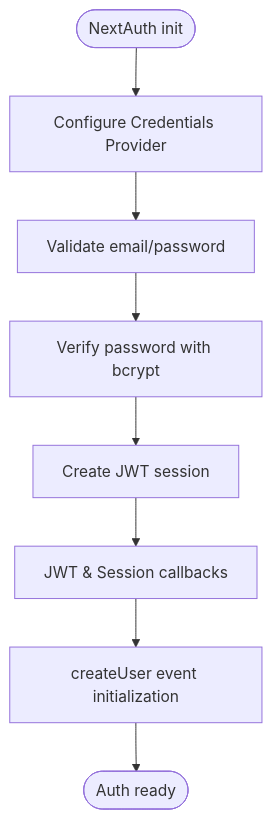
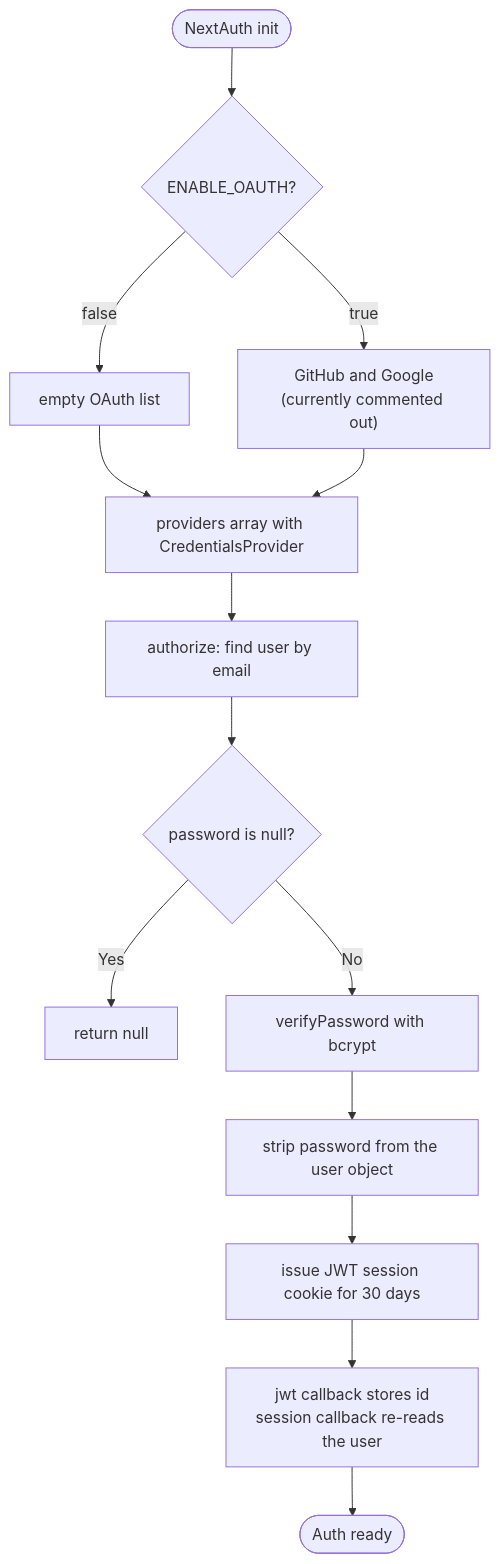
The third of 8 diagrams in .qoder/repowiki/en/content/Authentication and Authorization.md (Dezzpil/meingym), drawn with Mermaid before and after one commit. The commit also changed other lines of this file and 12 other files, not shown here.

````diff
--- a/.qoder/repowiki/en/content/Authentication and Authorization.md
+++ b/.qoder/repowiki/en/content/Authentication and Authorization.md
@@ -172,10 +220,16 @@
 ```mermaid
 flowchart TD
-Start(["NextAuth init"]) --> Config["Configure Credentials Provider"]
-Config --> Validate["Validate email/password"]
-Validate --> HashCheck["Verify password with bcrypt"]
-HashCheck --> Session["Create JWT session"]
-Session --> Callbacks["JWT & Session callbacks"]
-Callbacks --> Events["createUser event initialization"]
-Events --> Ready(["Auth ready"])
+Start(["NextAuth init"]) --> Flag{"ENABLE_OAUTH?"}
+Flag -- false --> Empty["empty OAuth list"]
+Flag -- true --> OAuth["GitHub and Google<br/>(currently commented out)"]
+Empty --> Config["providers array with CredentialsProvider"]
+OAuth --> Config
+Config --> Authorize["authorize: find user by email"]
+Authorize --> PwNull{"password is null?"}
+PwNull -- Yes --> Reject["return null"]
+PwNull -- No --> HashCheck["verifyPassword with bcrypt"]
+HashCheck --> Strip["strip password from the user object"]
+Strip --> Session["issue JWT session cookie for 30 days"]
+Session --> Callbacks["jwt callback stores id<br/>session callback re-reads the user"]
+Callbacks --> Ready(["Auth ready"])
 ```
````
